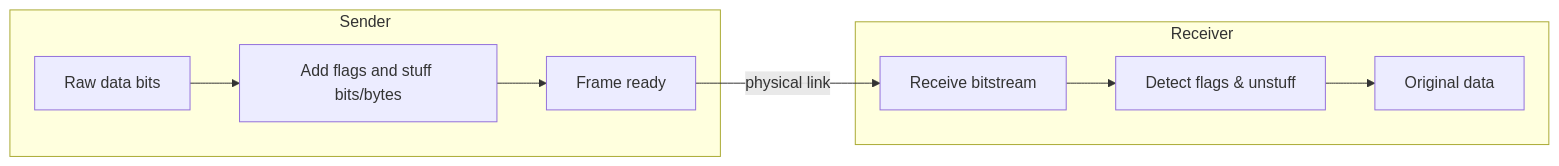
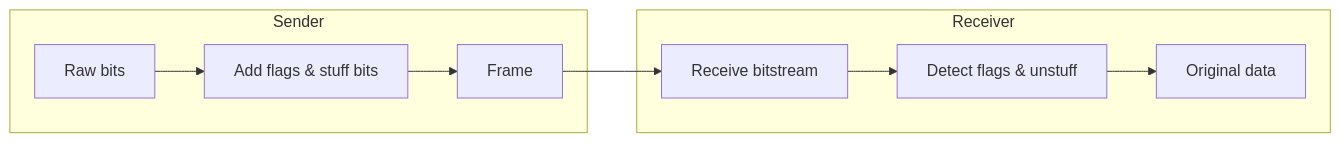
The second of 10 diagrams in Computer Network/Ch 04 - Data Link Layer.md (manishkumar8312/CS-Fundamentals), drawn with Mermaid before and after one commit. The commit also changed other lines of this file, not shown here.

Commit message:
data link layer

````diff
--- a/Computer Network/Ch 04 - Data Link Layer.md
+++ b/Computer Network/Ch 04 - Data Link Layer.md
@@ -41,12 +39,12 @@
 ```mermaid
 flowchart LR
     subgraph Sender
-        A[Raw data bits] --> B[Add flags and stuff bits/bytes]
-        B --> C[Frame ready]
+        A[Raw bits] --> B[Add flags & stuff bits]
+        B --> C[Frame]
     end
     subgraph Receiver
-        C -- physical link --> D[Receive bitstream]
+        C --> D[Receive bitstream]
         D --> E[Detect flags & unstuff]
         E --> F[Original data]
     end
 ```
````
